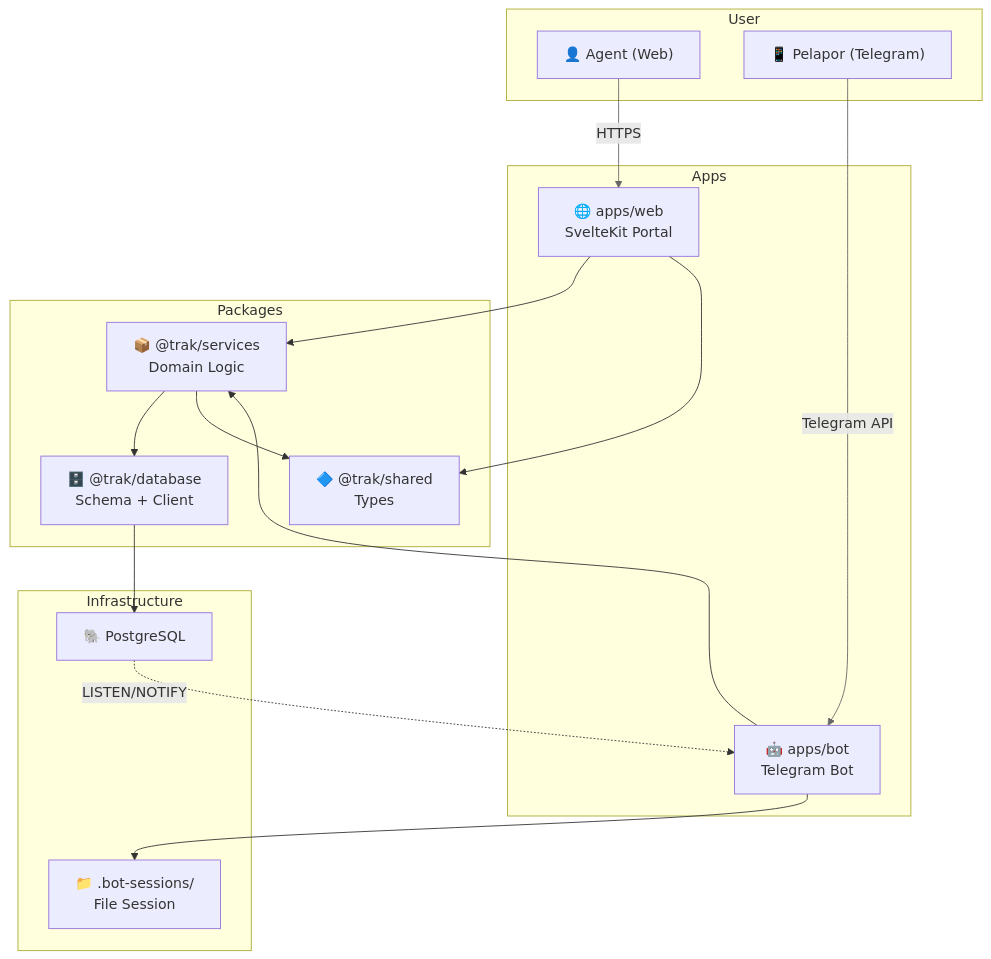
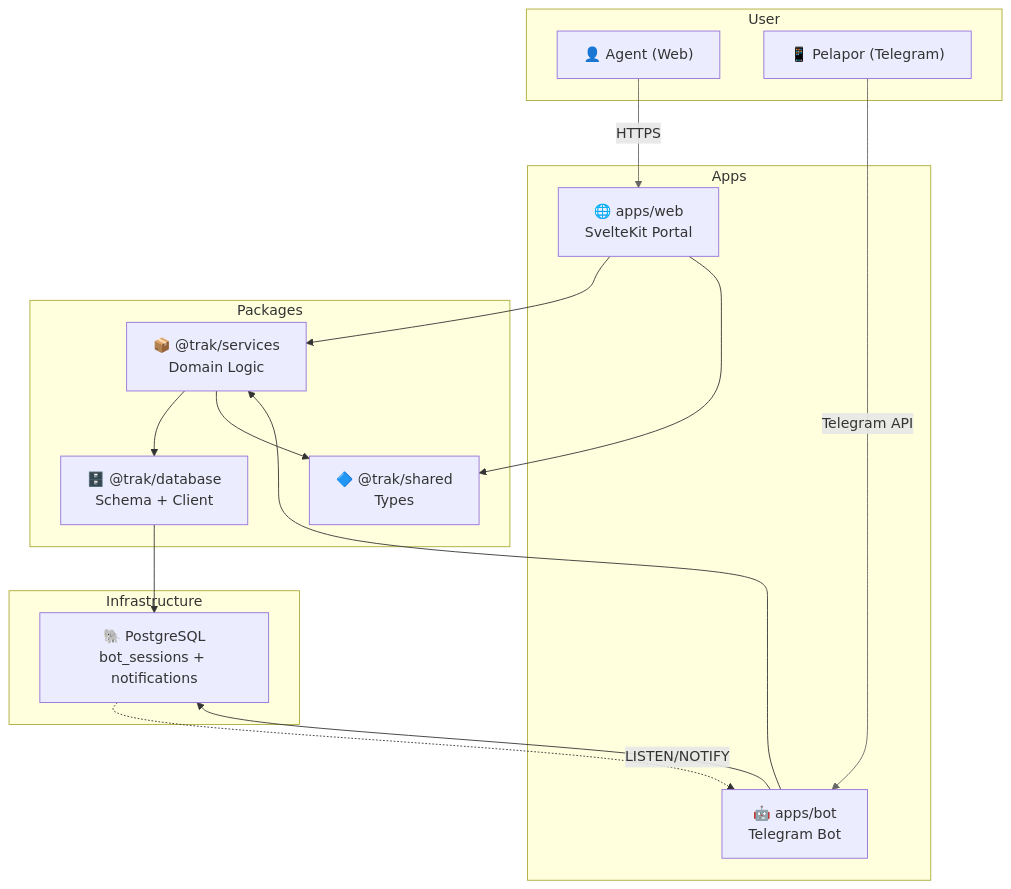
Before and after one commit to masmuss/trak: the first of 2 diagrams in README.md, drawn with Mermaid. The commit also changed 8 other files, not shown here.

First line of the commit message:
refactor: replace file session storage with PostgreSQL adapter

````diff
--- a/README.md
+++ b/README.md
@@ -17,39 +17,38 @@
 ```mermaid
 graph TB
   subgraph User
     A["👤 Agent (Web)"]
     B["📱 Pelapor (Telegram)"]
   end
 
   subgraph Apps
     C["🌐 apps/web<br/>SvelteKit Portal"]
     D["🤖 apps/bot<br/>Telegram Bot"]
   end
 
   subgraph Packages
     E["📦 @trak/services<br/>Domain Logic"]
     F["🗄️ @trak/database<br/>Schema + Client"]
     G["🔷 @trak/shared<br/>Types"]
   end
 
   subgraph Infrastructure
-    H["🐘 PostgreSQL"]
-    I["📁 .bot-sessions/<br/>File Session"]
+    H["🐘 PostgreSQL<br/>bot_sessions + notifications"]
   end
 
   A -->|"HTTPS"| C
   B -->|"Telegram API"| D
 
   C --> E
   D --> E
   E --> F
   F --> H
-  D --> I
+  D --> H
 
   C --> G
   E --> G
 
   H -.->|"LISTEN/NOTIFY"| D
 
   linkStyle 0,1 stroke:#666
 ```
````
